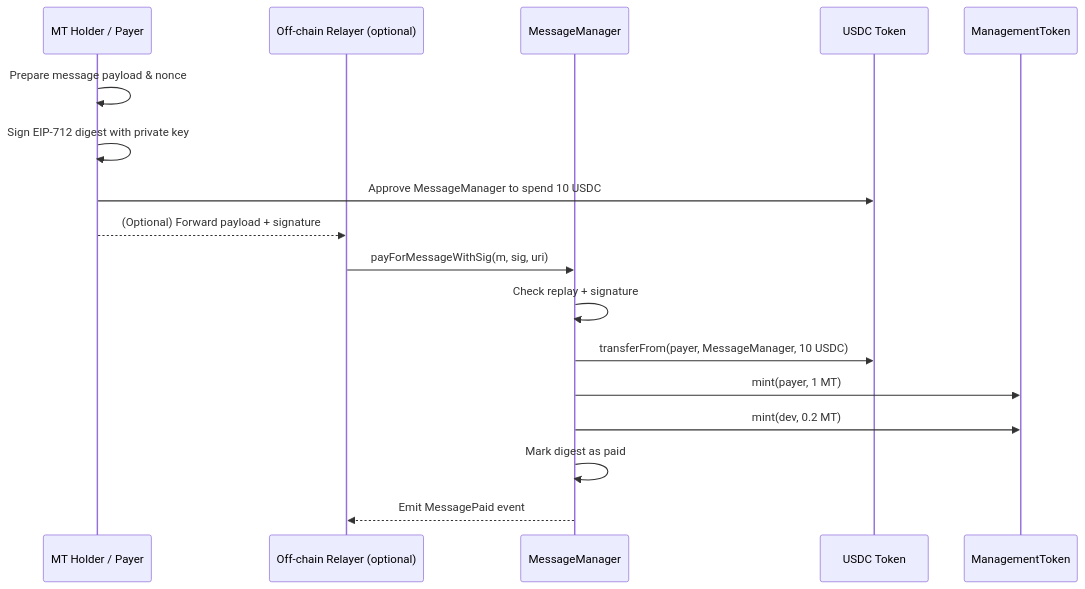
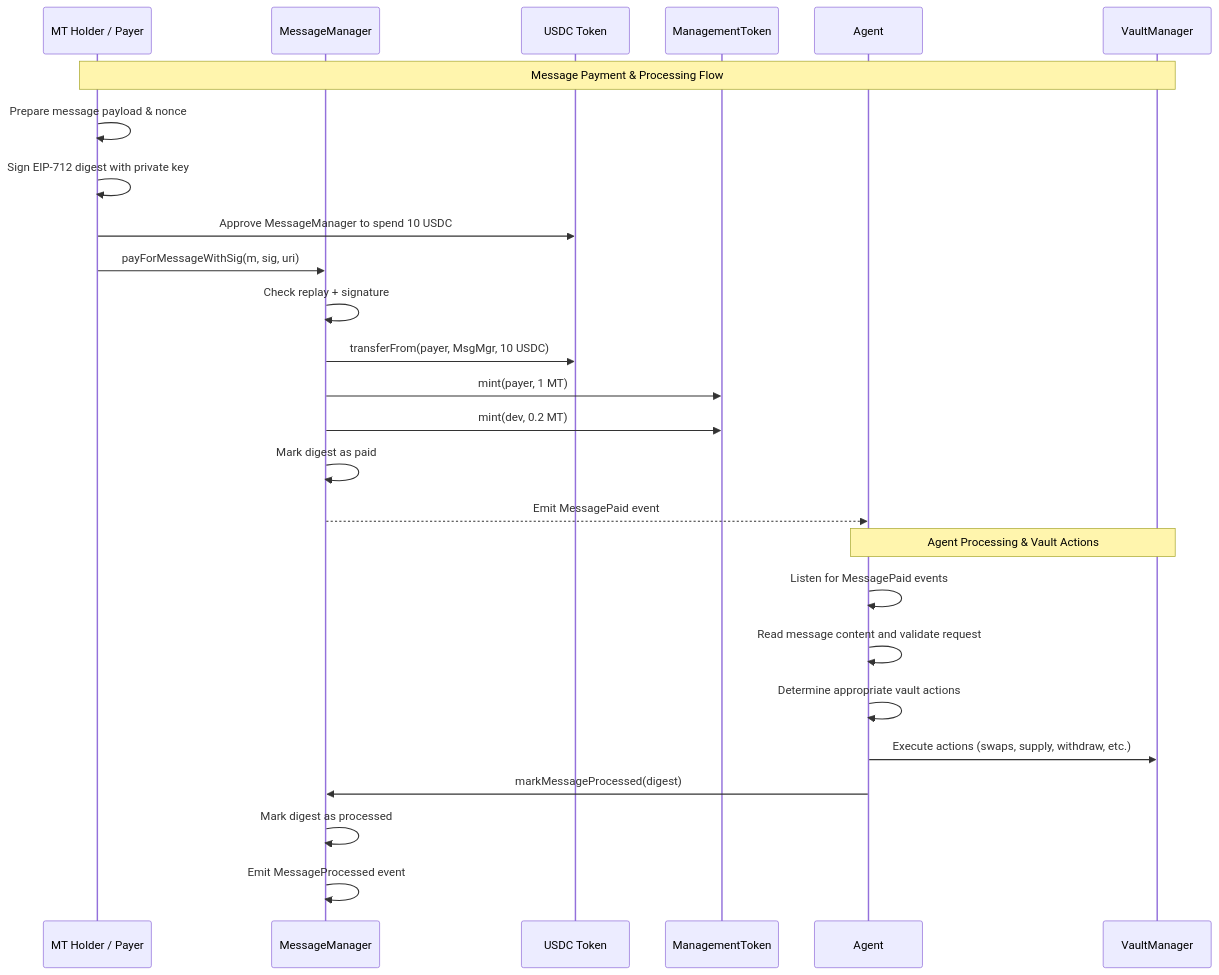
The diagram in docs/security/diagrams/pay-for-message.md (mikeghen/comp-comm-portfolio), drawn with Mermaid before and after one commit. The commit also changed 2 other files, not shown here.

Commit message:
Edits from manual review, update diagrams

````diff
--- a/docs/security/diagrams/pay-for-message.md
+++ b/docs/security/diagrams/pay-for-message.md
@@ -1,20 +1,32 @@
 ```mermaid
 sequenceDiagram
     participant User as MT Holder / Payer
-    participant Agent as Off-chain Relayer (optional)
     participant MessageMgr as MessageManager
     participant USDC as USDC Token
     participant MT as ManagementToken
+    participant Agent
+    participant VaultMgr as VaultManager
+
+    Note over User, VaultMgr: Message Payment & Processing Flow
 
     User->>User: Prepare message payload & nonce
     User->>User: Sign EIP-712 digest with private key
     User->>USDC: Approve MessageManager to spend 10 USDC
-    User-->>Agent: (Optional) Forward payload + signature
-    Agent->>MessageMgr: payForMessageWithSig(m, sig, uri)
+    User->>MessageMgr: payForMessageWithSig(m, sig, uri)
     MessageMgr->>MessageMgr: Check replay + signature
-    MessageMgr->>USDC: transferFrom(payer, MessageManager, 10 USDC)
+    MessageMgr->>USDC: transferFrom(payer, MsgMgr, 10 USDC)
     MessageMgr->>MT: mint(payer, 1 MT)
     MessageMgr->>MT: mint(dev, 0.2 MT)
     MessageMgr->>MessageMgr: Mark digest as paid
     MessageMgr-->>Agent: Emit MessagePaid event
+
+    Note over Agent, VaultMgr: Agent Processing & Vault Actions
+
+    Agent->>Agent: Listen for MessagePaid events
+    Agent->>Agent: Read message content and validate request
+    Agent->>Agent: Determine appropriate vault actions
+    Agent->>VaultMgr: Execute actions (swaps, supply, withdraw, etc.)
+    Agent->>MessageMgr: markMessageProcessed(digest)
+    MessageMgr->>MessageMgr: Mark digest as processed
+    MessageMgr->>MessageMgr: Emit MessageProcessed event
 ```
````
